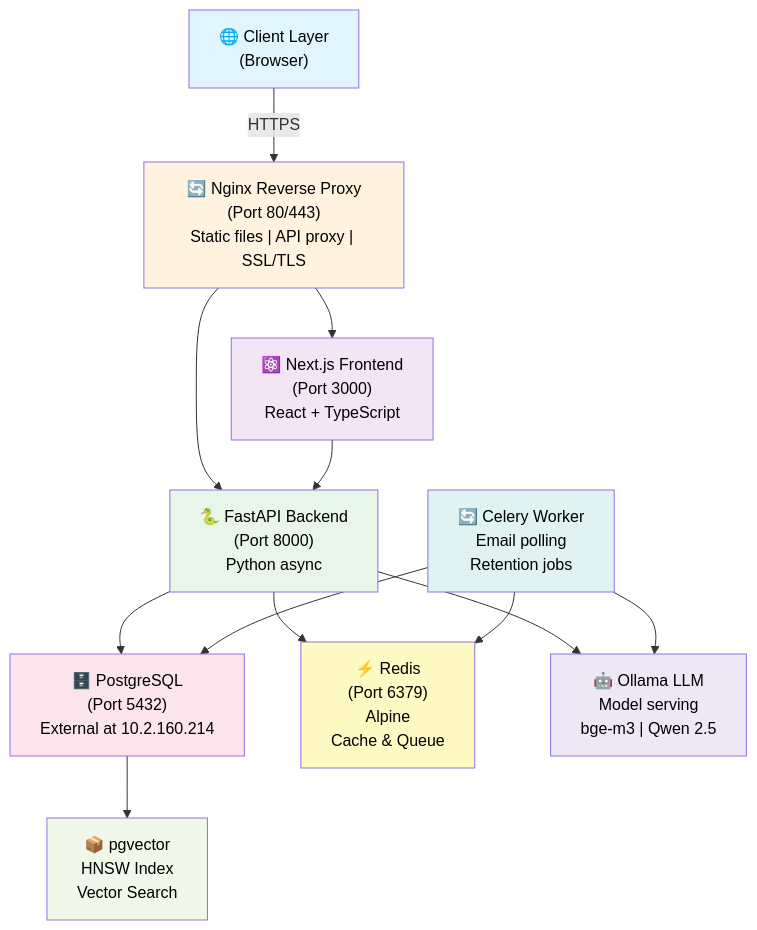
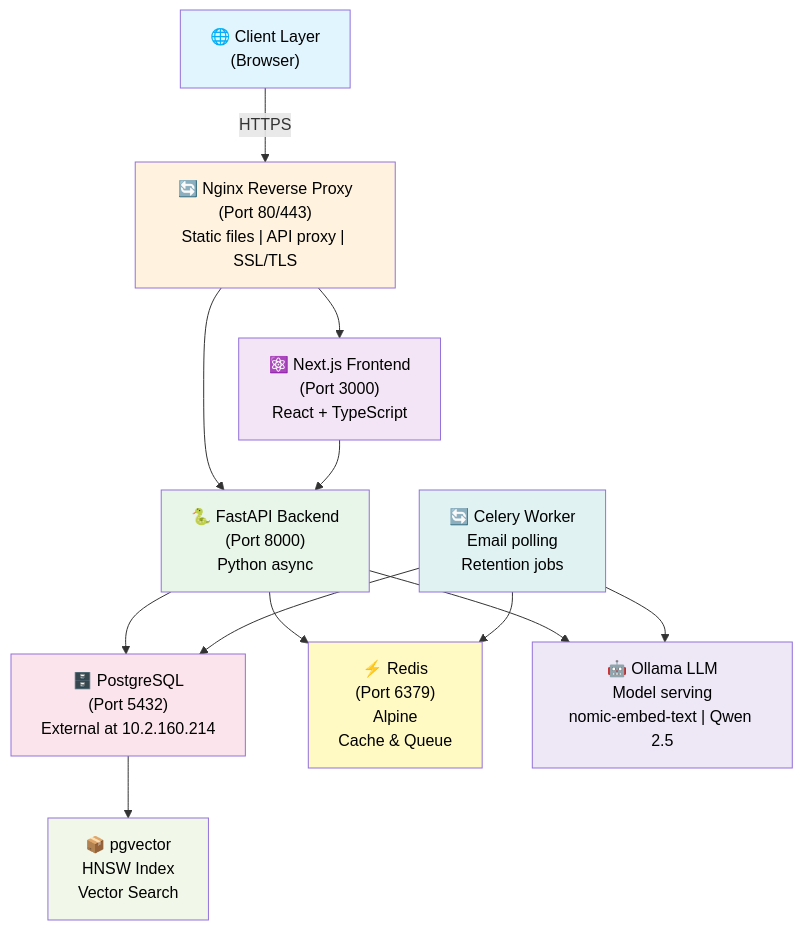
Before and after one commit to LucasLeonte/Veriply-Security: the diagram in docs/deployment-guide.md, drawn with Mermaid.

Commit message:
Update Ollama LLM model in deployment guide
Changed the listed Ollama LLM model from 'bge-m3' to 'nomic-embed-text' in the architecture diagram to reflect the current model being served.

````diff
--- a/docs/deployment-guide.md
+++ b/docs/deployment-guide.md
@@ -7,34 +7,34 @@
 ```mermaid
 graph TB
     CLIENT["🌐 Client Layer<br/>(Browser)"]
     NGINX["🔄 Nginx Reverse Proxy<br/>(Port 80/443)<br/>Static files | API proxy | SSL/TLS"]
     NEXTJS["⚛️ Next.js Frontend<br/>(Port 3000)<br/>React + TypeScript"]
     FASTAPI["🐍 FastAPI Backend<br/>(Port 8000)<br/>Python async"]
     POSTGRES["🗄️ PostgreSQL<br/>(Port 5432)<br/>External at 10.2.160.214"]
     PGVECTOR["📦 pgvector<br/>HNSW Index<br/>Vector Search"]
     REDIS["⚡ Redis<br/>(Port 6379)<br/>Alpine<br/>Cache & Queue"]
     CELERY["🔄 Celery Worker<br/>Email polling<br/>Retention jobs"]
-    OLLAMA["🤖 Ollama LLM<br/>Model serving<br/>bge-m3 | Qwen 2.5"]
+    OLLAMA["🤖 Ollama LLM<br/>Model serving<br/>nomic-embed-text | Qwen 2.5"]
     
     CLIENT -->|HTTPS| NGINX
     NGINX --> NEXTJS
     NGINX --> FASTAPI
     NEXTJS --> FASTAPI
     FASTAPI --> POSTGRES
     FASTAPI --> REDIS
     FASTAPI --> OLLAMA
     POSTGRES --> PGVECTOR
     CELERY --> POSTGRES
     CELERY --> REDIS
     CELERY --> OLLAMA
     
     style CLIENT fill:#e1f5ff,color:#000
     style NGINX fill:#fff3e0,color:#000
     style NEXTJS fill:#f3e5f5,color:#000
     style FASTAPI fill:#e8f5e9,color:#000
     style POSTGRES fill:#fce4ec,color:#000
     style PGVECTOR fill:#f1f8e9,color:#000
     style REDIS fill:#fff9c4,color:#000
     style CELERY fill:#e0f2f1,color:#000
     style OLLAMA fill:#ede7f6,color:#000
 ```
````
